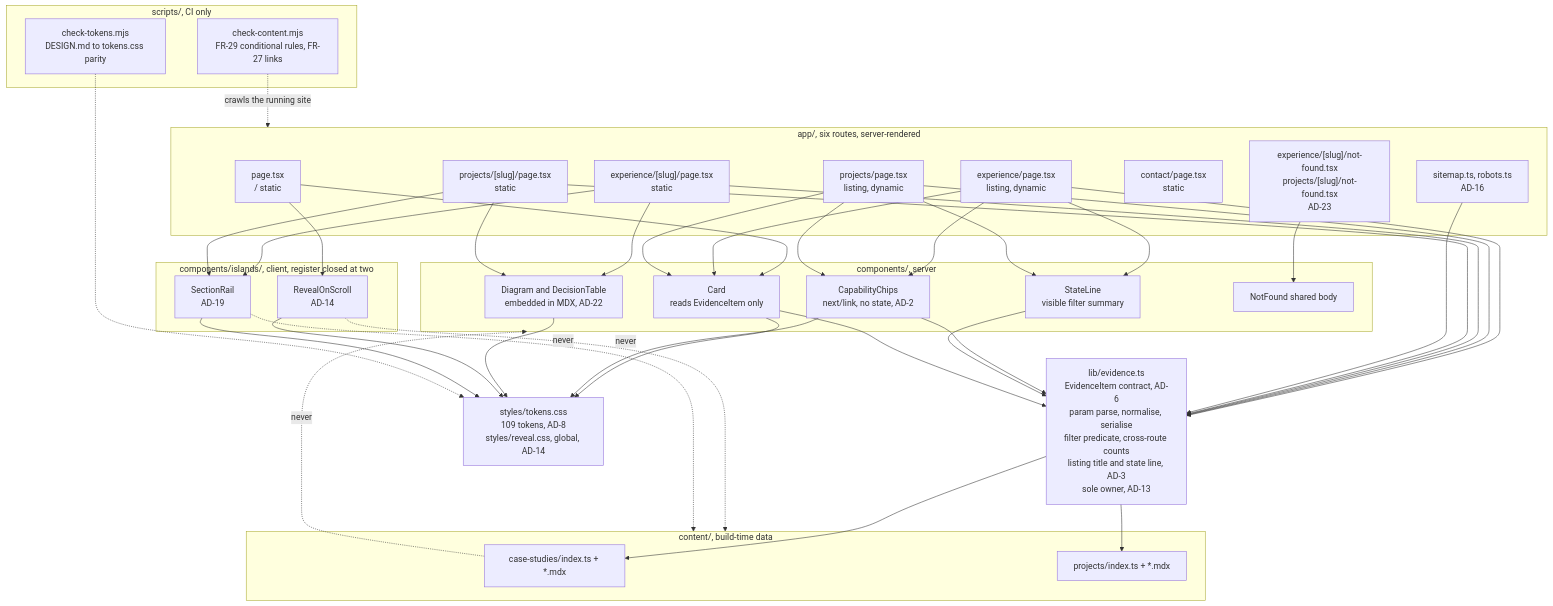
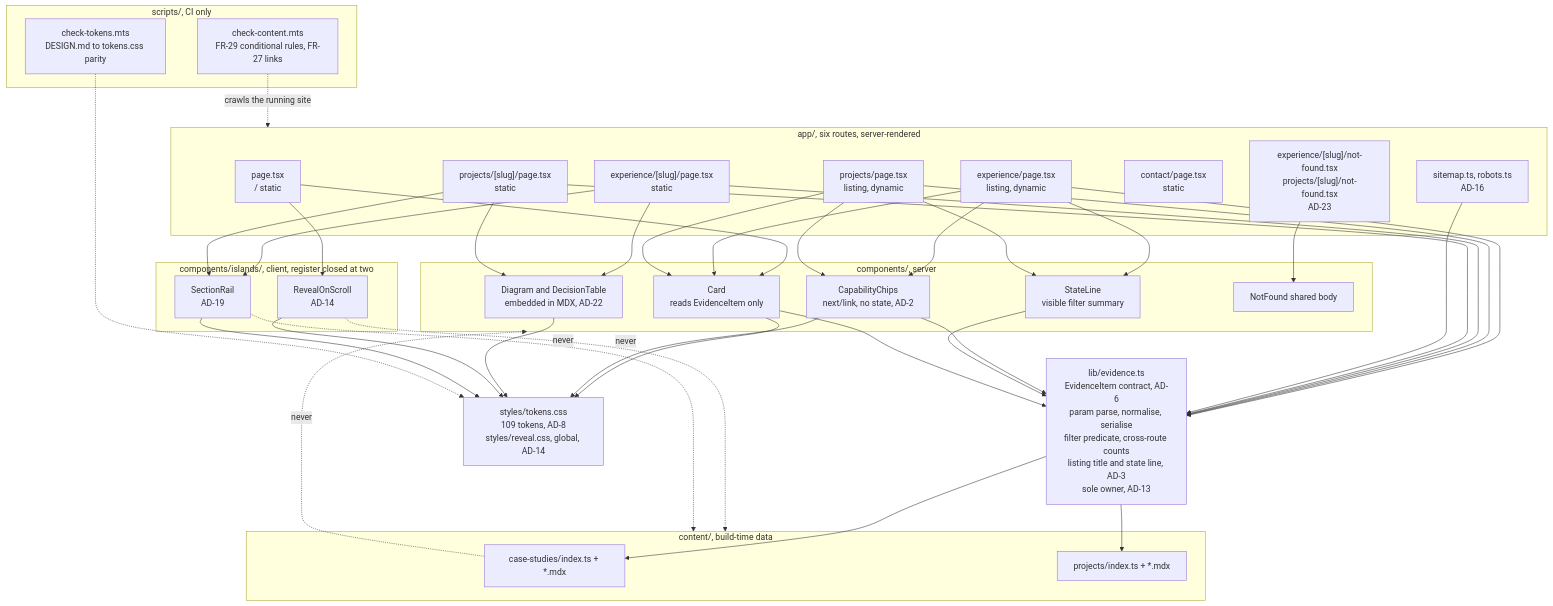
Before and after one commit to shahrouzmohaghegh/shahrouz-portfolio: the third of 3 diagrams in _bmad-output/planning-artifacts/architecture/architecture-ShahrouzPortfolio-2026-09-25/C4-ARCHITECTURE.md, drawn with Mermaid. The commit also changed 11 other files, not shown here.

````diff
--- a/_bmad-output/planning-artifacts/architecture/architecture-ShahrouzPortfolio-2026-09-25/C4-ARCHITECTURE.md
+++ b/_bmad-output/planning-artifacts/architecture/architecture-ShahrouzPortfolio-2026-09-25/C4-ARCHITECTURE.md
@@ -122,80 +122,80 @@
 ```mermaid
 flowchart TB
   subgraph routes["app/, six routes, server-rendered"]
     RHOME["page.tsx<br/>/ static"]
     REXP["experience/page.tsx<br/>listing, dynamic"]
     REXPD["experience/[slug]/page.tsx<br/>static"]
     RPRJ["projects/page.tsx<br/>listing, dynamic"]
     RPRJD["projects/[slug]/page.tsx<br/>static"]
     RCON["contact/page.tsx<br/>static"]
     RNF["experience/[slug]/not-found.tsx<br/>projects/[slug]/not-found.tsx<br/>AD-23"]
     RMETA["sitemap.ts, robots.ts<br/>AD-16"]
   end
 
   subgraph comps["components/, server"]
     CARD["Card<br/>reads EvidenceItem only"]
     CHIPS["CapabilityChips<br/>next/link, no state, AD-2"]
     STATE["StateLine<br/>visible filter summary"]
     DIAG["Diagram and DecisionTable<br/>embedded in MDX, AD-22"]
     NFC["NotFound shared body"]
   end
 
   subgraph islands["components/islands/, client, register closed at two"]
     REVEAL["RevealOnScroll<br/>AD-14"]
     RAIL["SectionRail<br/>AD-19"]
   end
 
   EV["lib/evidence.ts<br/>EvidenceItem contract, AD-6<br/>param parse, normalise, serialise<br/>filter predicate, cross-route counts<br/>listing title and state line, AD-3<br/>sole owner, AD-13"]
 
   subgraph content["content/, build-time data"]
     CS["case-studies/index.ts + *.mdx"]
     PR["projects/index.ts + *.mdx"]
   end
 
   TOK["styles/tokens.css<br/>109 tokens, AD-8<br/>styles/reveal.css, global, AD-14"]
 
   subgraph scripts["scripts/, CI only"]
-    SC1["check-content.mjs<br/>FR-29 conditional rules, FR-27 links"]
-    SC2["check-tokens.mjs<br/>DESIGN.md to tokens.css parity"]
+    SC1["check-content.mts<br/>FR-29 conditional rules, FR-27 links"]
+    SC2["check-tokens.mts<br/>DESIGN.md to tokens.css parity"]
   end
 
   RHOME --> CARD
   REXP --> CHIPS
   REXP --> STATE
   REXP --> CARD
   RPRJ --> CHIPS
   RPRJ --> STATE
   RPRJ --> CARD
   REXPD --> DIAG
   RPRJD --> DIAG
   RNF --> NFC
 
   REXP --> EV
   RPRJ --> EV
   REXPD --> EV
   RPRJD --> EV
   RMETA --> EV
   CHIPS --> EV
   STATE --> EV
   CARD --> EV
 
   RHOME --> REVEAL
   REXPD --> RAIL
   RPRJD --> RAIL
 
   EV --> CS
   EV --> PR
 
   CARD --> TOK
   CHIPS --> TOK
   DIAG --> TOK
   REVEAL --> TOK
   RAIL --> TOK
 
   SC1 -.->|"crawls the running site"| routes
   SC2 -.-> TOK
 
   CS -.->|never| comps
   REVEAL -.->|never| content
   RAIL -.->|never| content
 ```
````
